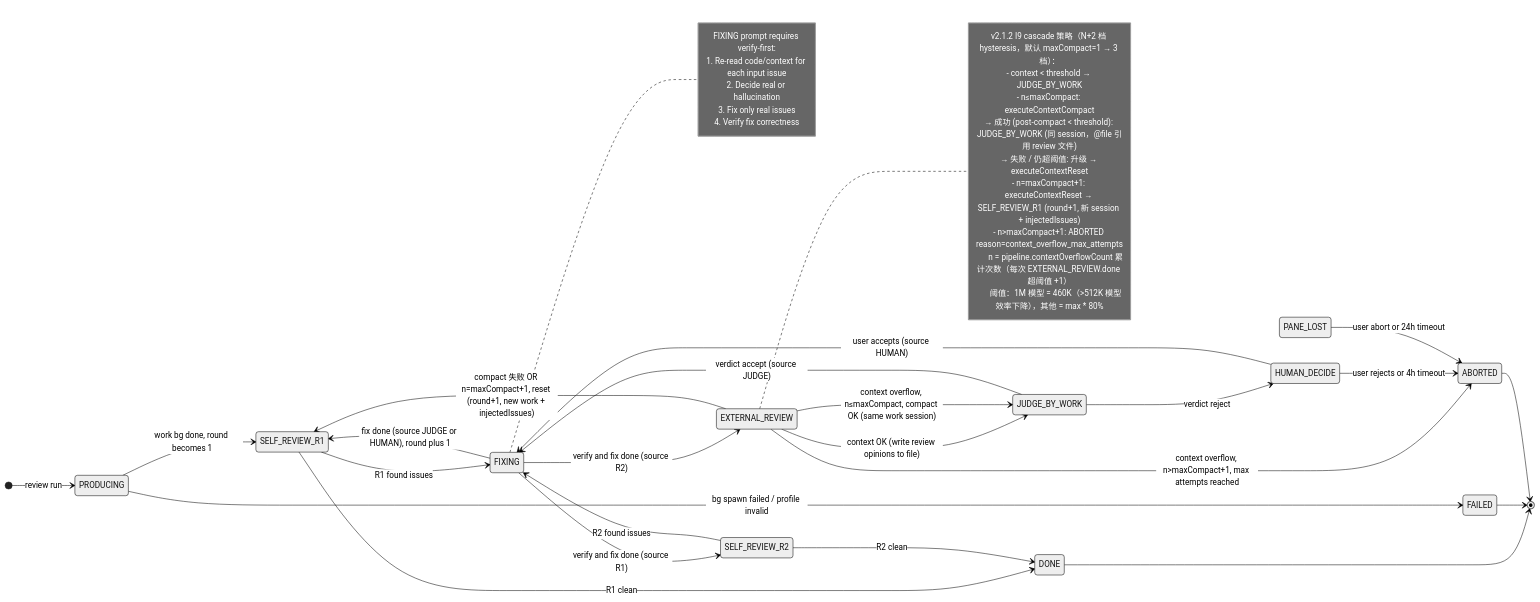
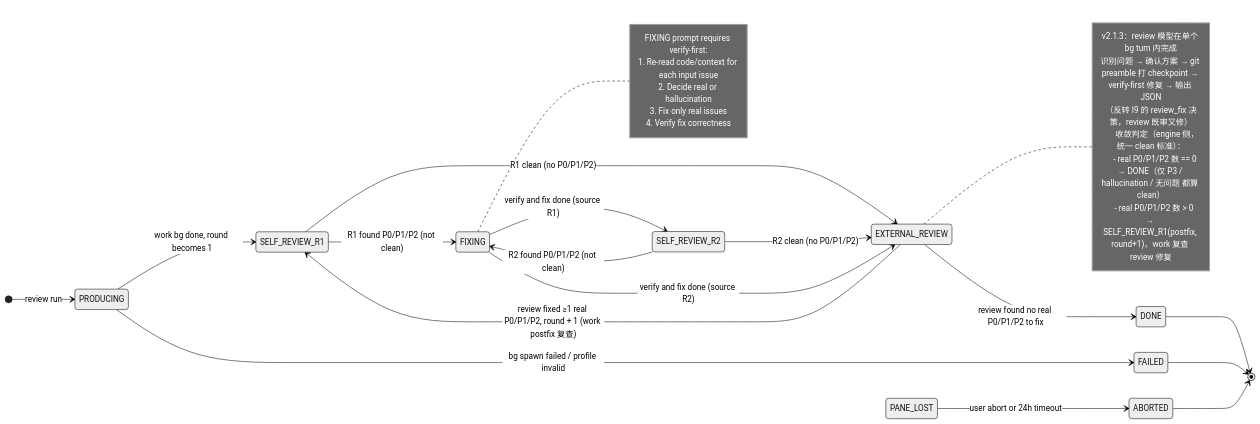
One commit to yujuntea/cc-linker changed the first of 2 diagrams in docs/superpowers/specs/review-engine-v2.1.1/state-machine.md. Above: the diagram before and after it, drawn with Mermaid (neutral theme). The commit also changed other lines of this file and 4 other files, not shown here.

First line of the commit message:
docs(review-engine): v2.1.3 简化 — 删 JUDGE/HUMAN/context cascade，review 既审又修

````diff
--- a/docs/superpowers/specs/review-engine-v2.1.1/state-machine.md
+++ b/docs/superpowers/specs/review-engine-v2.1.1/state-machine.md
@@ -208,52 +180,41 @@
 ```mermaid
 stateDiagram-v2
     direction LR
 
     [*] --> PRODUCING : review run
 
     PRODUCING --> FAILED : bg spawn failed / profile invalid
     PRODUCING --> SELF_REVIEW_R1 : work bg done, round becomes 1
-    SELF_REVIEW_R1 --> FIXING : R1 found issues
-    SELF_REVIEW_R1 --> DONE : R1 clean
+    SELF_REVIEW_R1 --> FIXING : R1 found P0/P1/P2 (not clean)
+    SELF_REVIEW_R1 --> EXTERNAL_REVIEW : R1 clean (no P0/P1/P2)
     FIXING --> SELF_REVIEW_R2 : verify and fix done (source R1)
-    SELF_REVIEW_R2 --> FIXING : R2 found issues
-    SELF_REVIEW_R2 --> DONE : R2 clean
+    SELF_REVIEW_R2 --> FIXING : R2 found P0/P1/P2 (not clean)
+    SELF_REVIEW_R2 --> EXTERNAL_REVIEW : R2 clean (no P0/P1/P2)
     FIXING --> EXTERNAL_REVIEW : verify and fix done (source R2)
-    EXTERNAL_REVIEW --> JUDGE_BY_WORK : context OK (write review opinions to file)
-    EXTERNAL_REVIEW --> JUDGE_BY_WORK : context overflow, n≤maxCompact, compact OK (same work session)
-    EXTERNAL_REVIEW --> SELF_REVIEW_R1 : compact 失败 OR n=maxCompact+1, reset (round+1, new work + injectedIssues)
-    EXTERNAL_REVIEW --> ABORTED : context overflow, n>maxCompact+1, max attempts reached
-    JUDGE_BY_WORK --> FIXING : verdict accept (source JUDGE)
-    JUDGE_BY_WORK --> HUMAN_DECIDE : verdict reject
-    FIXING --> SELF_REVIEW_R1 : fix done (source JUDGE or HUMAN), round plus 1
-
-    HUMAN_DECIDE --> FIXING : user accepts (source HUMAN)
-    HUMAN_DECIDE --> ABORTED : user rejects or 4h timeout
+    EXTERNAL_REVIEW --> DONE : review found no real P0/P1/P2 to fix
+    EXTERNAL_REVIEW --> SELF_REVIEW_R1 : review fixed ≥1 real P0/P1/P2, round + 1 (work postfix 复查)
 
     PANE_LOST --> ABORTED : user abort or 24h timeout
 
     DONE --> [*]
     FAILED --> [*]
     ABORTED --> [*]
 
     note right of FIXING
       FIXING prompt requires verify-first:
       1. Re-read code/context for each input issue
       2. Decide real or hallucination
       3. Fix only real issues
       4. Verify fix correctness
     end note
 
     note right of EXTERNAL_REVIEW
-      v2.1.2 I9 cascade 策略（N+2 档 hysteresis，默认 maxCompact=1 → 3 档）：
-      - context < threshold → JUDGE_BY_WORK
-      - n≤maxCompact: executeContextCompact
-          → 成功 (post-compact < threshold): JUDGE_BY_WORK (同 session，@file 引用 review 文件)
-          → 失败 / 仍超阈值: 升级 → executeContextReset
-      - n=maxCompact+1: executeContextReset → SELF_REVIEW_R1 (round+1, 新 session + injectedIssues)
-      - n>maxCompact+1: ABORTED reason=context_overflow_max_attempts
+      v2.1.3：review 模型在单个 bg turn 内完成
+      识别问题 → 确认方案 → git preamble 打 checkpoint → verify-first 修复 → 输出 JSON
+      （反转 I9 的 review_fix 决策，review 既审又修）
 
-      n = pipeline.contextOverflowCount 累计次数（每次 EXTERNAL_REVIEW.done 超阈值 +1）
-      阈值：1M 模型 = 460K（>512K 模型效率下降），其他 = max * 80%
+      收敛判定（engine 侧，统一 clean 标准）：
+      - real P0/P1/P2 数 == 0  → DONE（仅 P3 / hallucination / 无问题 都算 clean）
+      - real P0/P1/P2 数 > 0   → SELF_REVIEW_R1(postfix, round+1)，work 复查 review 修复
     end note
 ```
````
